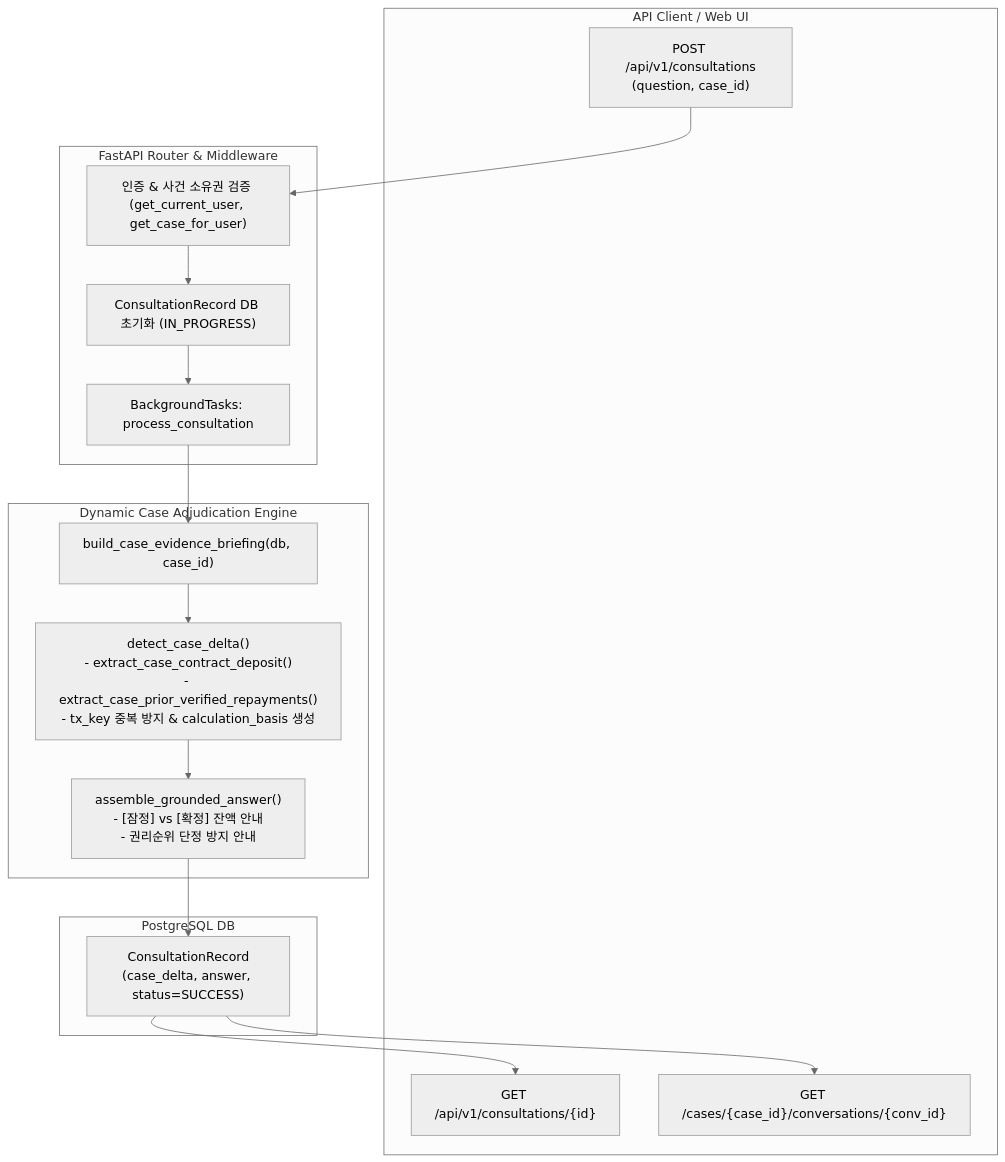
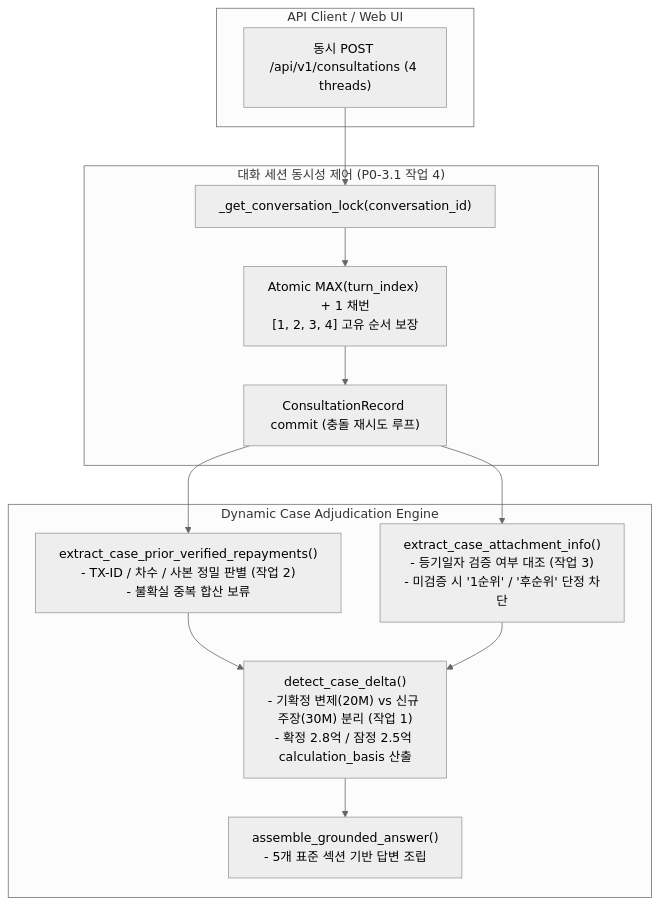
The diagram in docs/development/P0_3_1_DYNAMIC_CASE_INTEGRITY_REPORT.md (yjjungyo/ai-legal-helper), drawn with Mermaid (neutral theme) before and after one commit. The commit also changed other lines of this file and 3 other files, not shown here.

Commit message:
feat(p0-3.1): resolve residual dynamic case calculation defects and verify concurrency

````diff
--- a/docs/development/P0_3_1_DYNAMIC_CASE_INTEGRITY_REPORT.md
+++ b/docs/development/P0_3_1_DYNAMIC_CASE_INTEGRITY_REPORT.md
@@ -48,34 +71,28 @@
 ```mermaid
 flowchart TD
     subgraph Client["API Client / Web UI"]
-        POST_REQ["POST /api/v1/consultations\n(question, case_id)"]
-        GET_REQ["GET /api/v1/consultations/{id}"]
-        GET_CONV["GET /cases/{case_id}/conversations/{conv_id}"]
+        POST_REQ["동시 POST /api/v1/consultations (4 threads)"]
     end
 
-    subgraph FastAPI["FastAPI Router & Middleware"]
-        AUTH["인증 & 사건 소유권 검증 (get_current_user, get_case_for_user)"]
-        RECORD_INIT["ConsultationRecord DB 초기화 (IN_PROGRESS)"]
-        BG_TASK["BackgroundTasks: process_consultation"]
+    subgraph LockManager["대화 세션 동시성 제어 (P0-3.1 작업 4)"]
+        MUTEX["_get_conversation_lock(conversation_id)"]
+        TURN_ALLOC["Atomic MAX(turn_index) + 1 채번\n[1, 2, 3, 4] 고유 순서 보장"]
+        DB_INIT["ConsultationRecord commit (충돌 재시도 루프)"]
     end
 
     subgraph DynamicEngine["Dynamic Case Adjudication Engine"]
-        BRIEFING["build_case_evidence_briefing(db, case_id)"]
-        DELTA["detect_case_delta()\n- extract_case_contract_deposit()\n- extract_case_prior_verified_repayments()\n- tx_key 중복 방지 & calculation_basis 생성"]
-        GROUNDED["assemble_grounded_answer()\n- [잠정] vs [확정] 잔액 안내\n- 권리순위 단정 방지 안내"]
+        EXT_REPAY["extract_case_prior_verified_repayments()\n- TX-ID / 차수 / 사본 정밀 판별 (작업 2)\n- 불확실 중복 합산 보류"]
+        EXT_ATT["extract_case_attachment_info()\n- 등기일자 검증 여부 대조 (작업 3)\n- 미검증 시 '1순위' / '후순위' 단정 차단"]
+        DELTA["detect_case_delta()\n- 기확정 변제(20M) vs 신규 주장(30M) 분리 (작업 1)\n- 확정 2.8억 / 잠정 2.5억 calculation_basis 산출"]
+        GROUNDED["assemble_grounded_answer()\n- 5개 표준 섹션 기반 답변 조립"]
     end
 
-    subgraph Persistence["PostgreSQL DB"]
-        CASE_REC["ConsultationRecord\n(case_delta, answer, status=SUCCESS)"]
-    end
-
-    POST_REQ --> AUTH
-    AUTH --> RECORD_INIT
-    RECORD_INIT --> BG_TASK
-    BG_TASK --> BRIEFING
-    BRIEFING --> DELTA
+    POST_REQ --> MUTEX
+    MUTEX --> TURN_ALLOC
+    TURN_ALLOC --> DB_INIT
+    DB_INIT --> EXT_REPAY
+    DB_INIT --> EXT_ATT
+    EXT_REPAY --> DELTA
+    EXT_ATT --> DELTA
     DELTA --> GROUNDED
-    GROUNDED --> CASE_REC
-    CASE_REC --> GET_REQ
-    CASE_REC --> GET_CONV
 ```
````
